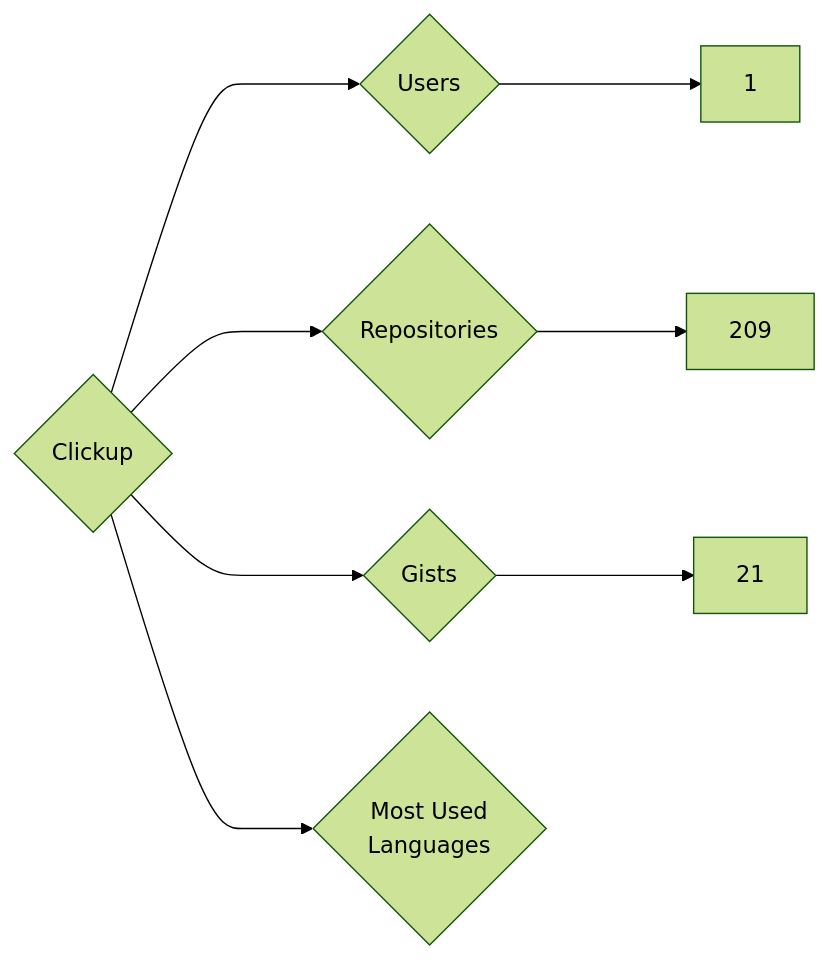
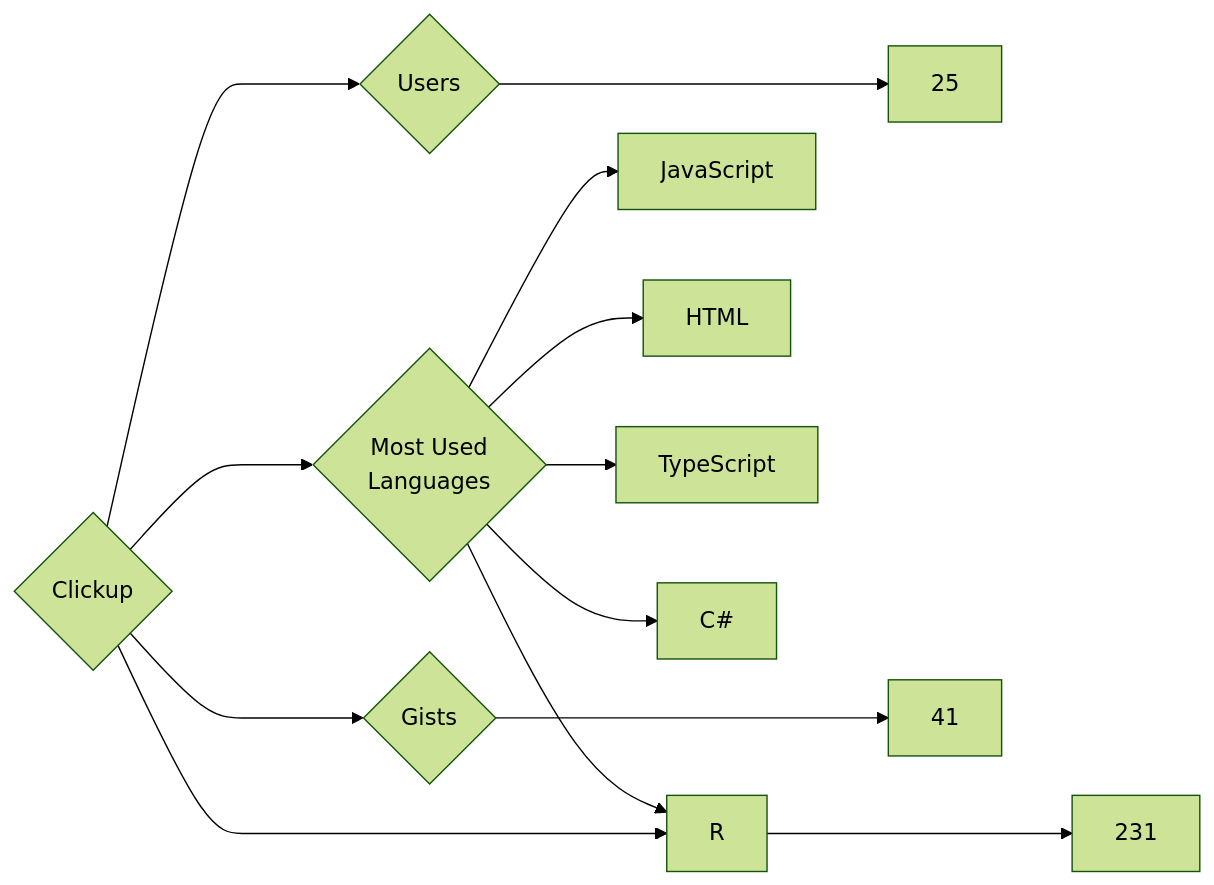
One commit to trickest/insiders changed the diagram in targets/Clickup/README.md. Above: the diagram before and after it, drawn with Mermaid (forest theme). The commit also changed 924 other files, not shown here.

````diff
--- a/targets/Clickup/README.md
+++ b/targets/Clickup/README.md
@@ -3,8 +3,13 @@
 ```mermaid
 graph LR
 COMPANY_NAME{Clickup}
-COMPANY_NAME ---> U{Users} ---> UN[1]
-COMPANY_NAME ---> R{Repositories} ---> RN[209]
-COMPANY_NAME ---> G{Gists} ---> GN[21]
+COMPANY_NAME ---> U{Users} ---> UN[25]
+COMPANY_NAME ---> R{Repositories} ---> RN[231]
+COMPANY_NAME ---> G{Gists} ---> GN[41]
 COMPANY_NAME ---> ML{Most Used<br>Languages}
+ML --> JavaScript[JavaScript]
+ML --> HTML[HTML]
+ML --> TypeScript[TypeScript]
+ML --> R[R]
+ML --> C#[C#]
 ```
````
